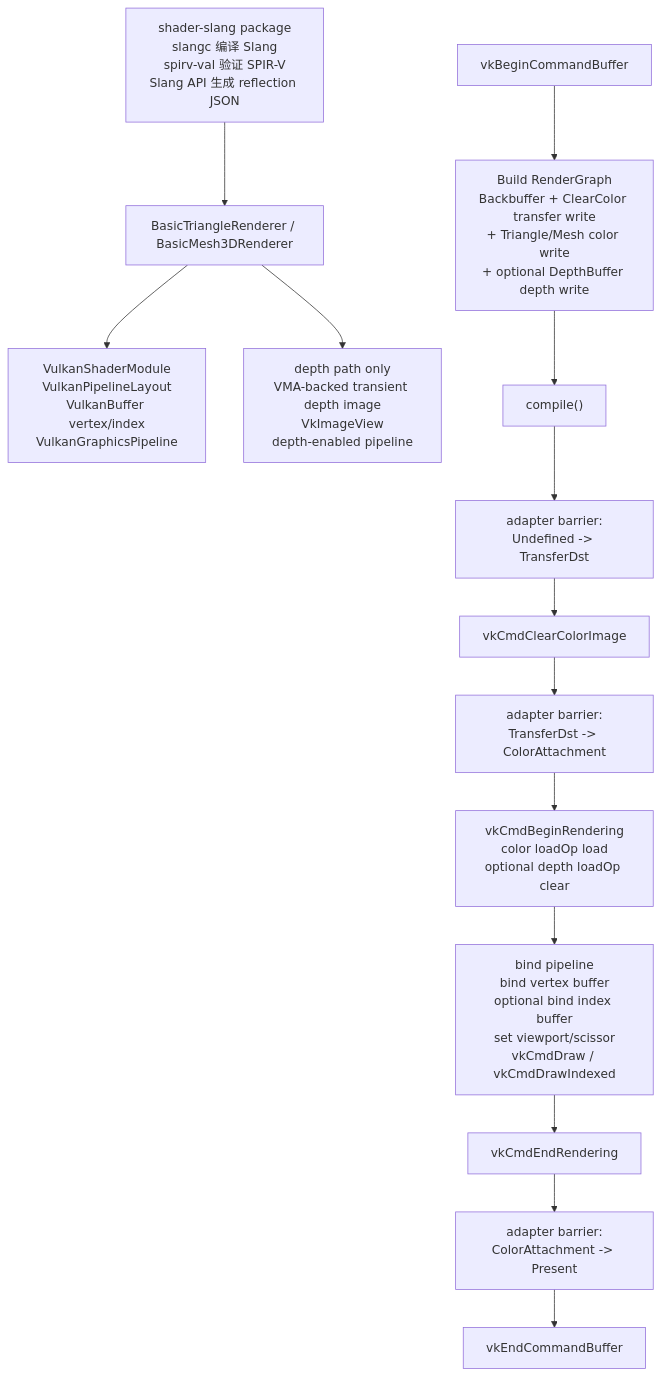
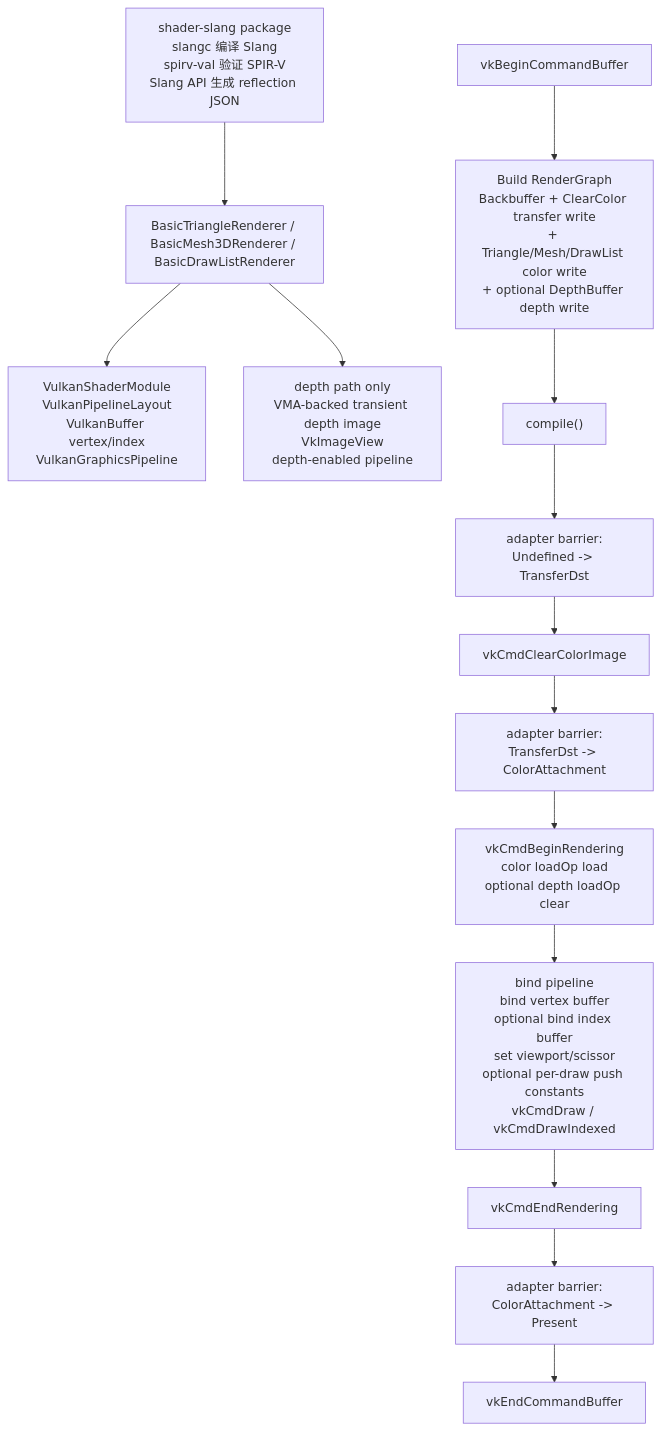
Before and after one commit to 66six11/Engine: the eighth of 14 diagrams in docs/flow-architecture.md, drawn with Mermaid. The commit also changed other lines of this file and 10 other files, not shown here.

Commit message:
feat: add draw list smoke renderer

````diff
--- a/docs/flow-architecture.md
+++ b/docs/flow-architecture.md
@@ -317,22 +328,22 @@
 ```mermaid
 flowchart TD
     ShaderBuild["shader-slang package<br/>slangc 编译 Slang<br/>spirv-val 验证 SPIR-V<br/>Slang API 生成 reflection JSON"]
-    RendererObject["BasicTriangleRenderer / BasicMesh3DRenderer"]
+    RendererObject["BasicTriangleRenderer / BasicMesh3DRenderer / BasicDrawListRenderer"]
     PipelineObjects["VulkanShaderModule<br/>VulkanPipelineLayout<br/>VulkanBuffer vertex/index<br/>VulkanGraphicsPipeline"]
     DepthObjects["depth path only<br/>VMA-backed transient depth image<br/>VkImageView<br/>depth-enabled pipeline"]
     Begin["vkBeginCommandBuffer"]
-    BuildGraph["Build RenderGraph<br/>Backbuffer + ClearColor transfer write<br/>+ Triangle/Mesh color write<br/>+ optional DepthBuffer depth write"]
+    BuildGraph["Build RenderGraph<br/>Backbuffer + ClearColor transfer write<br/>+ Triangle/Mesh/DrawList color write<br/>+ optional DepthBuffer depth write"]
     Compile["compile()"]
     ToTransfer["adapter barrier:<br/>Undefined -> TransferDst"]
     Clear["vkCmdClearColorImage"]
     ToColor["adapter barrier:<br/>TransferDst -> ColorAttachment"]
     BeginRendering["vkCmdBeginRendering<br/>color loadOp load<br/>optional depth loadOp clear"]
-    Draw["bind pipeline<br/>bind vertex buffer<br/>optional bind index buffer<br/>set viewport/scissor<br/>vkCmdDraw / vkCmdDrawIndexed"]
+    Draw["bind pipeline<br/>bind vertex buffer<br/>optional bind index buffer<br/>set viewport/scissor<br/>optional per-draw push constants<br/>vkCmdDraw / vkCmdDrawIndexed"]
     EndRendering["vkCmdEndRendering"]
     ToPresent["adapter barrier:<br/>ColorAttachment -> Present"]
     End["vkEndCommandBuffer"]
 
     ShaderBuild --> RendererObject --> PipelineObjects
     RendererObject --> DepthObjects
     Begin --> BuildGraph --> Compile --> ToTransfer --> Clear --> ToColor --> BeginRendering --> Draw --> EndRendering --> ToPresent --> End
 ```
````
